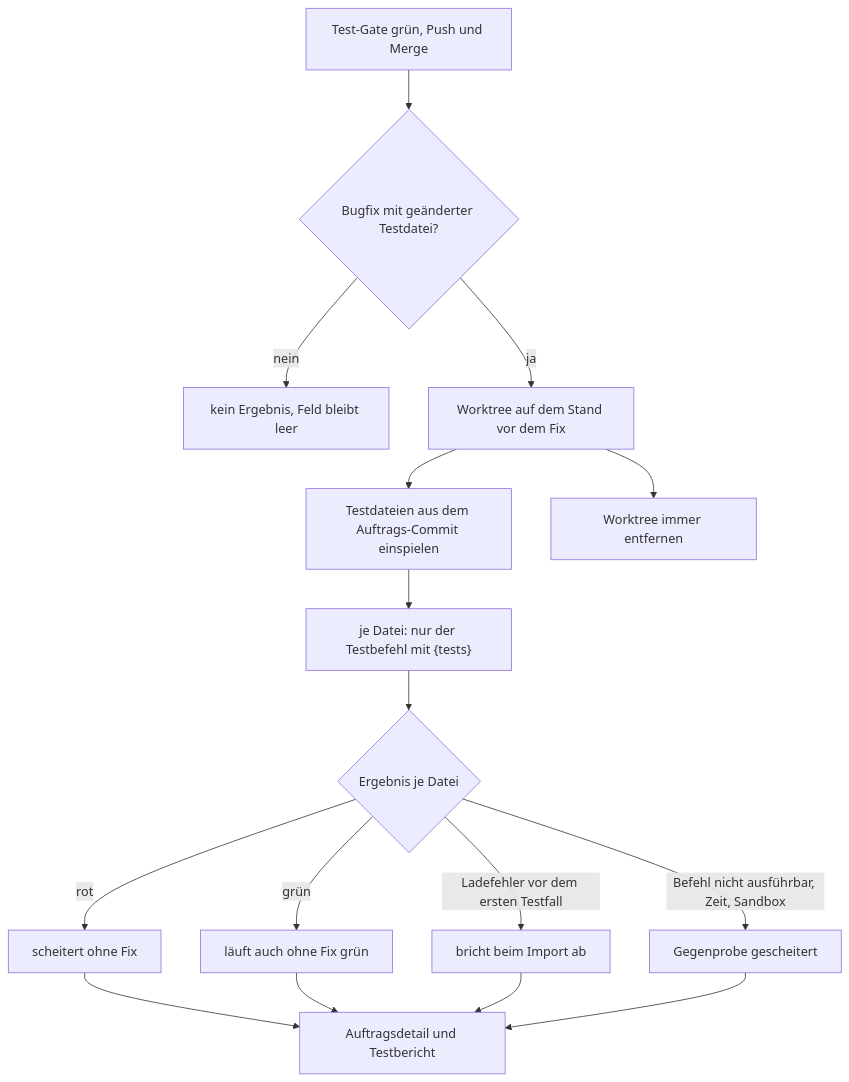
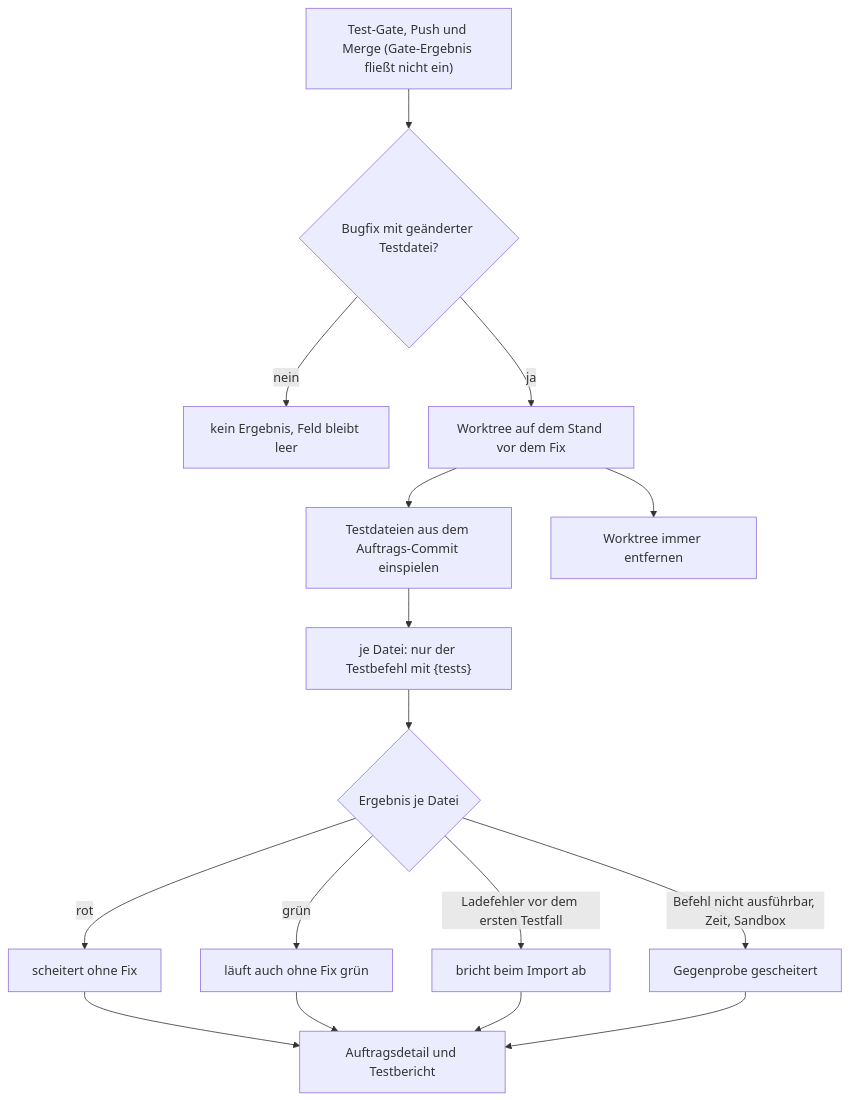
One commit to zaaaazzy/AutoDEV changed the diagram in docs/benutzerhandbuch-gegenprobe-neue-tests-gegen-den-stand-vor-dem-fix-2026-10-30.md. Above: the diagram before and after it, drawn with Mermaid. The commit also changed other lines of this file, not shown here.

````diff
--- a/docs/benutzerhandbuch-gegenprobe-neue-tests-gegen-den-stand-vor-dem-fix-2026-10-30.md
+++ b/docs/benutzerhandbuch-gegenprobe-neue-tests-gegen-den-stand-vor-dem-fix-2026-10-30.md
@@ -109,18 +109,18 @@
 ```mermaid
 flowchart TD
-  A["Test-Gate grün, Push und Merge"] --> B{"Bugfix mit geänderter Testdatei?"}
+  A["Test-Gate, Push und Merge (Gate-Ergebnis fließt nicht ein)"] --> B{"Bugfix mit geänderter Testdatei?"}
   B -- nein --> Z["kein Ergebnis, Feld bleibt leer"]
   B -- ja --> C["Worktree auf dem Stand vor dem Fix"]
   C --> D["Testdateien aus dem Auftrags-Commit einspielen"]
   D --> E["je Datei: nur der Testbefehl mit {tests}"]
   E --> F{"Ergebnis je Datei"}
   F -- "Ladefehler vor dem ersten Testfall" --> I["bricht beim Import ab"]
   F -- "rot" --> G["scheitert ohne Fix"]
   F -- "grün" --> H["läuft auch ohne Fix grün"]
   F -- "Befehl nicht ausführbar, Zeit, Sandbox" --> X["Gegenprobe gescheitert"]
   G --> J["Auftragsdetail und Testbericht"]
   H --> J
   I --> J
   X --> J
   C --> K["Worktree immer entfernen"]
 ```
````
